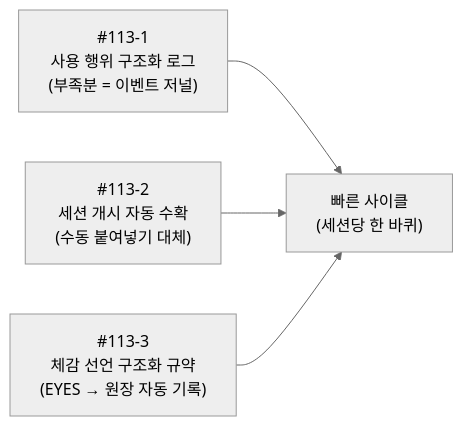
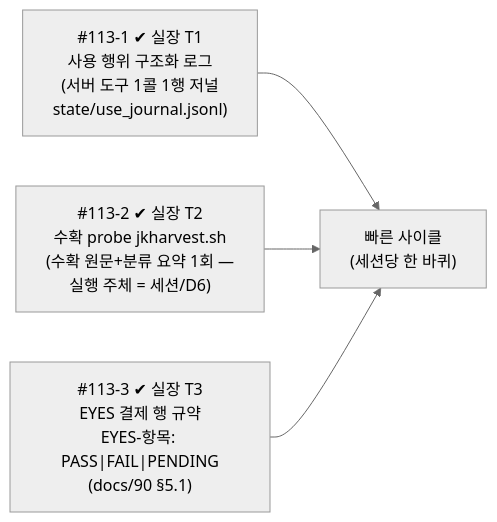
The second of 3 diagrams in docs/use-review-update-cycle-map.md (KiseokChang/JKEngine), drawn with Mermaid (neutral theme) before and after one commit. The commit also changed other lines of this file and 1 other file, not shown here.

First line of the commit message:
docs(apps): 사용→리뷰 루프 as-built+EYES 규약 (T3)

````diff
--- a/docs/use-review-update-cycle-map.md
+++ b/docs/use-review-update-cycle-map.md
@@ -40,7 +40,7 @@
 ```mermaid
 flowchart LR
-    G1["#113-1<br/>사용 행위 구조화 로그<br/>(부족분 = 이벤트 저널)"]
-    G2["#113-2<br/>세션 개시 자동 수확<br/>(수동 붙여넣기 대체)"]
-    G3["#113-3<br/>체감 선언 구조화 규약<br/>(EYES → 원장 자동 기록)"]
+    G1["#113-1 ✔ 실장 T1<br/>사용 행위 구조화 로그<br/>(서버 도구 1콜 1행 저널<br/>state/use_journal.jsonl)"]
+    G2["#113-2 ✔ 실장 T2<br/>수확 probe jkharvest.sh<br/>(수확 원문+분류 요약 1회 —<br/>실행 주체 = 세션/D6)"]
+    G3["#113-3 ✔ 실장 T3<br/>EYES 결제 행 규약<br/>EYES-항목: PASS|FAIL|PENDING<br/>(docs/90 §5.1)"]
     G1 & G2 & G3 --> C["빠른 사이클<br/>(세션당 한 바퀴)"]
 ```
````
